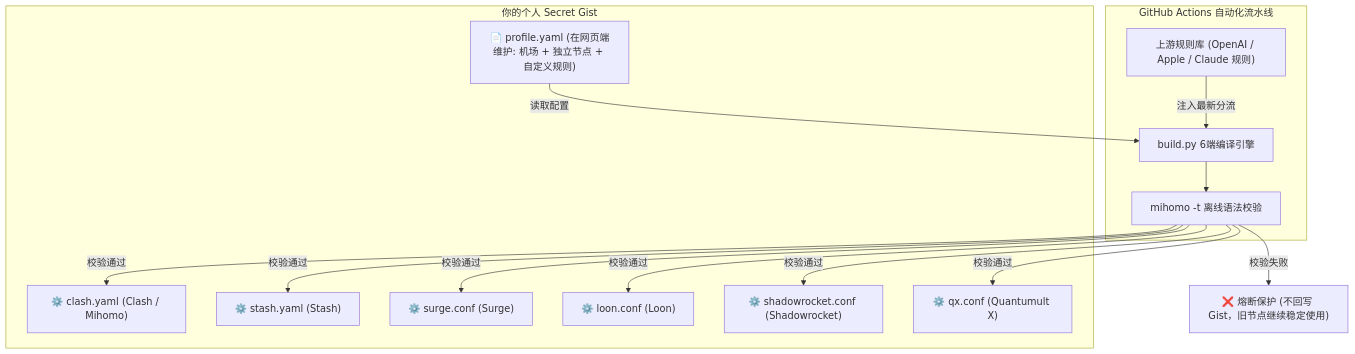
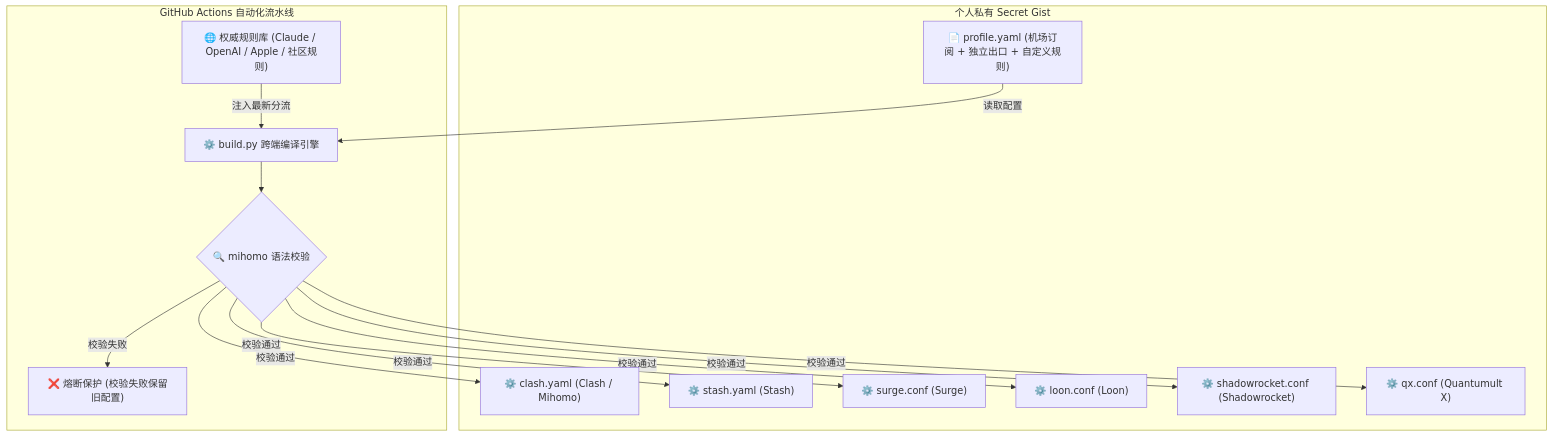
Before and after one commit to Weicoz/claude-citadel: the diagram in README.md, drawn with Mermaid. The commit also changed other lines of this file and 1 other file, not shown here.

Commit message:
fix(docs): 修复 Mermaid 架构拓扑渲染语法错误并泛化出口示例

````diff
--- a/README.md
+++ b/README.md
@@ -32,24 +32,30 @@
 ```mermaid
 flowchart TD
-    subgraph 你的个人 Secret Gist
-        IN["📄 profile.yaml (在网页端维护: 机场 + 独立节点 + 自定义规则)"]
+    subgraph GIST ["个人私有 Secret Gist"]
+        IN["📄 profile.yaml (机场订阅 + 独立出口 + 自定义规则)"]
         OUT1["⚙️ clash.yaml (Clash / Mihomo)"]
         OUT2["⚙️ stash.yaml (Stash)"]
         OUT3["⚙️ surge.conf (Surge)"]
         OUT4["⚙️ loon.conf (Loon)"]
         OUT5["⚙️ shadowrocket.conf (Shadowrocket)"]
         OUT6["⚙️ qx.conf (Quantumult X)"]
     end
 
-    subgraph GitHub Actions 自动化流水线
-        UP["上游规则库 (OpenAI / Apple / Claude 规则)"]
-        ACT["build.py 6端编译引擎"]
-        VAL["mihomo -t 离线语法校验"]
+    subgraph ACTIONS ["GitHub Actions 自动化流水线"]
+        UP["🌐 权威规则库 (Claude / OpenAI / Apple / 社区规则)"]
+        ACT["⚙️ build.py 跨端编译引擎"]
+        VAL{"🔍 mihomo 语法校验"}
+        ERR["❌ 熔断保护 (校验失败保留旧配置)"]
     end
 
     IN -->|读取配置| ACT
     UP -->|注入最新分流| ACT
     ACT --> VAL
-    VAL -- 校验通过 --> OUT1 & OUT2 & OUT3 & OUT4 & OUT5 & OUT6
-    VAL -- 校验失败 --> ERR["❌ 熔断保护 (不回写 Gist，旧节点继续稳定使用)"]
+    VAL -->|校验通过| OUT1
+    VAL -->|校验通过| OUT2
+    VAL -->|校验通过| OUT3
+    VAL -->|校验通过| OUT4
+    VAL -->|校验通过| OUT5
+    VAL -->|校验通过| OUT6
+    VAL -->|校验失败| ERR
 ```
````
